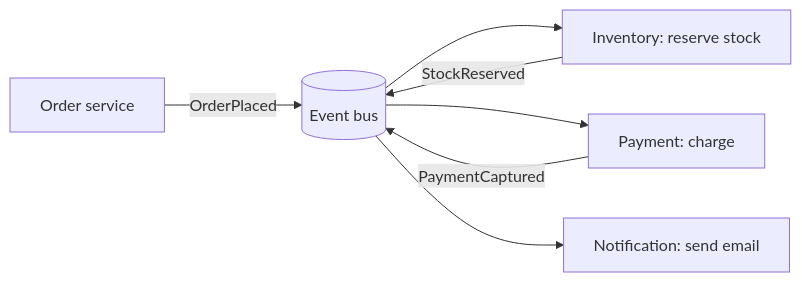
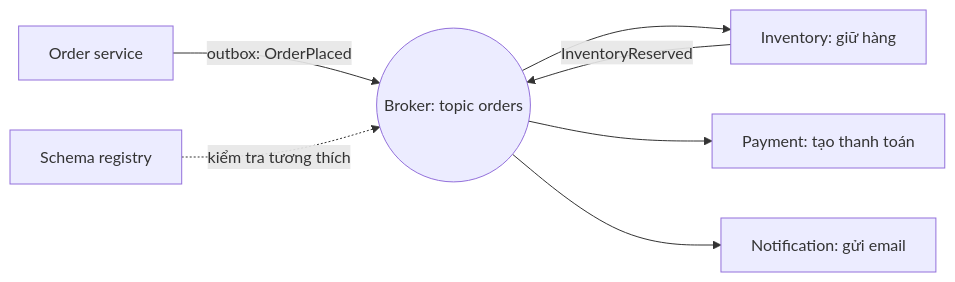
The diagram in src/assets/knowledge/playbooks/distributed/event-driven-architecture.md (passion-Infinity/personal-tech-playbook), drawn with Mermaid before and after one commit. The commit also changed other lines of this file and 5 other files, not shown here.

````diff
--- a/src/assets/knowledge/playbooks/distributed/event-driven-architecture.md
+++ b/src/assets/knowledge/playbooks/distributed/event-driven-architecture.md
@@ -17,9 +33,9 @@
 ```mermaid
 flowchart LR
-    O[Order service] -->|OrderPlaced| B[(Event bus)]
-    B --> I[Inventory: reserve stock]
-    B --> P[Payment: charge]
-    B --> N[Notification: send email]
-    I -->|StockReserved| B
-    P -->|PaymentCaptured| B
+    O["Order service"] -->|"outbox: OrderPlaced"| B(("Broker: topic orders"))
+    B --> I["Inventory: giữ hàng"]
+    B --> P["Payment: tạo thanh toán"]
+    B --> N["Notification: gửi email"]
+    I -->|"InventoryReserved"| B
+    SR["Schema registry"] -.->|"kiểm tra tương thích"| B
 ```
````
